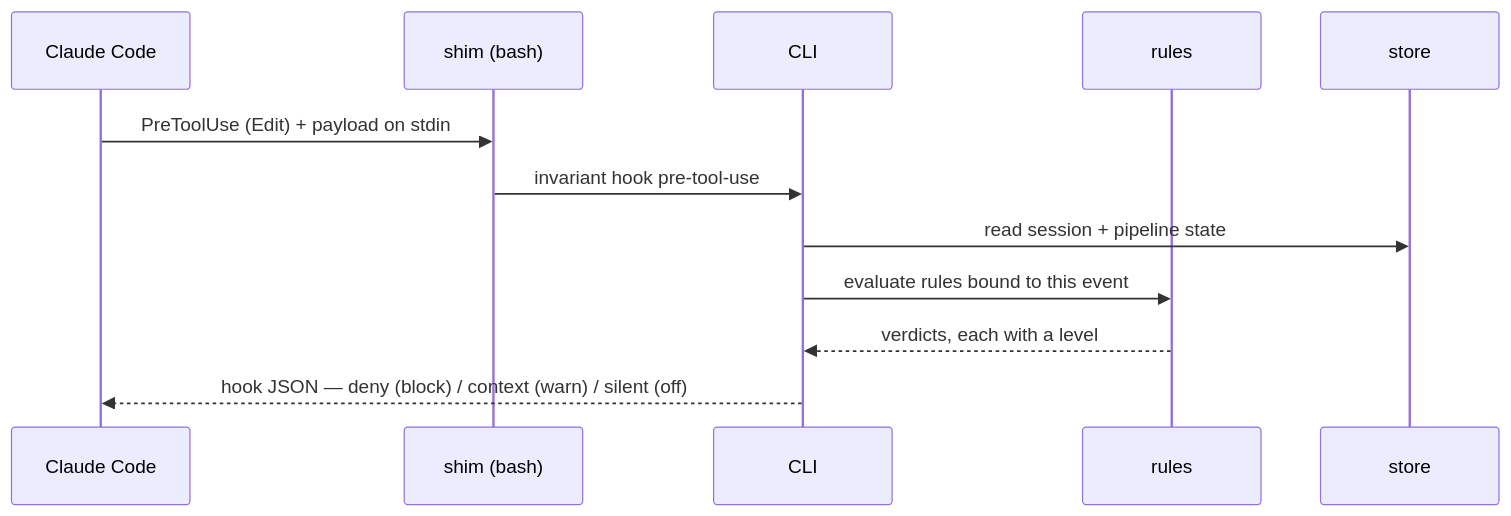
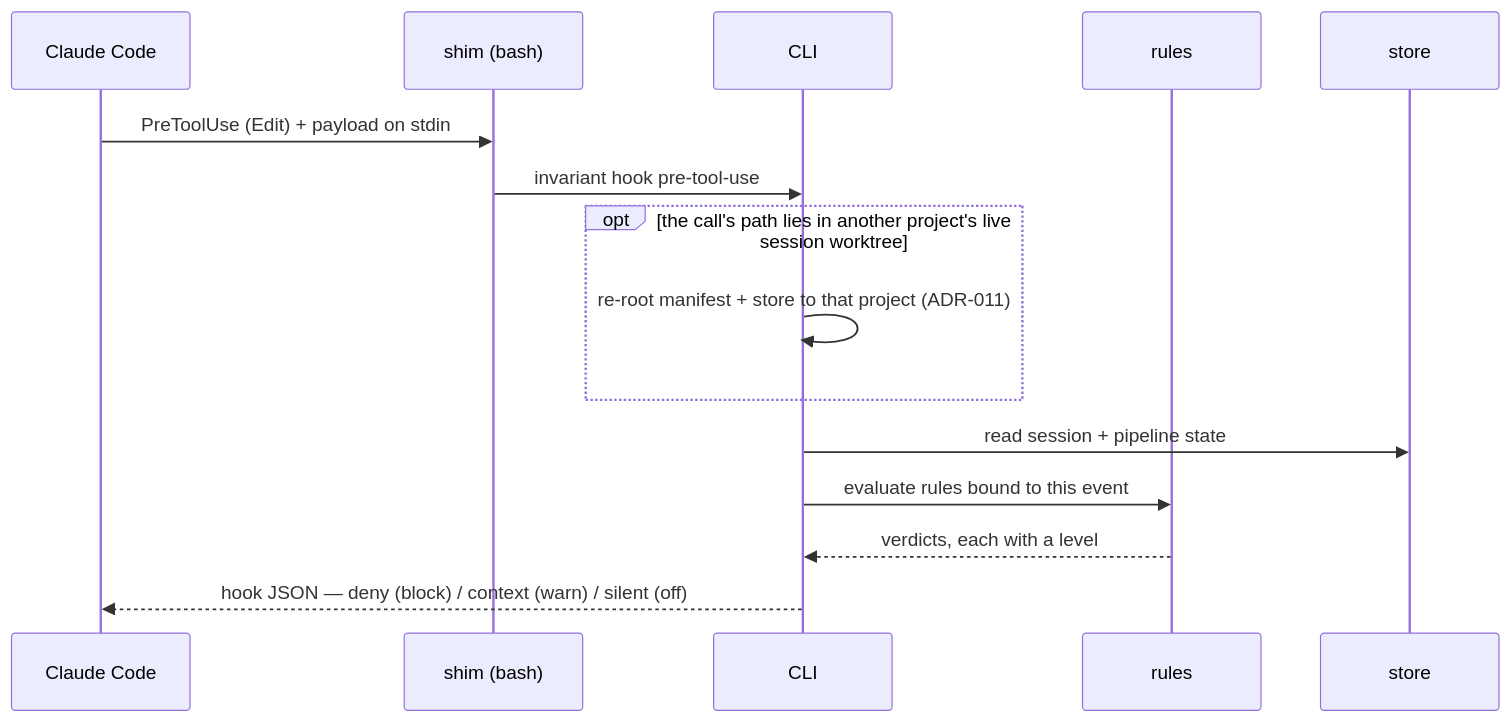
One commit to Mindchallenges/Invariant changed the fourth of 5 diagrams in docs/architecture/overview.md. Above: the diagram before and after it, drawn with Mermaid. The commit also changed other lines of this file and 8 other files, not shown here.

First line of the commit message:
Attribution — a hook records into the project its path names (BUG_040, ADR-011)

````diff
--- a/docs/architecture/overview.md
+++ b/docs/architecture/overview.md
@@ -1155,15 +1160,18 @@
 ```mermaid
 sequenceDiagram
     participant H as Claude Code
     participant S as shim (bash)
     participant C as CLI
     participant R as rules
     participant ST as store
 
     H->>S: PreToolUse (Edit) + payload on stdin
     S->>C: invariant hook pre-tool-use
+    opt the call's path lies in another project's live session worktree
+        C->>C: re-root manifest + store to that project (ADR-011)
+    end
     C->>ST: read session + pipeline state
     C->>R: evaluate rules bound to this event
     R-->>C: verdicts, each with a level
     C-->>H: hook JSON — deny (block) / context (warn) / silent (off)
 ```
````
